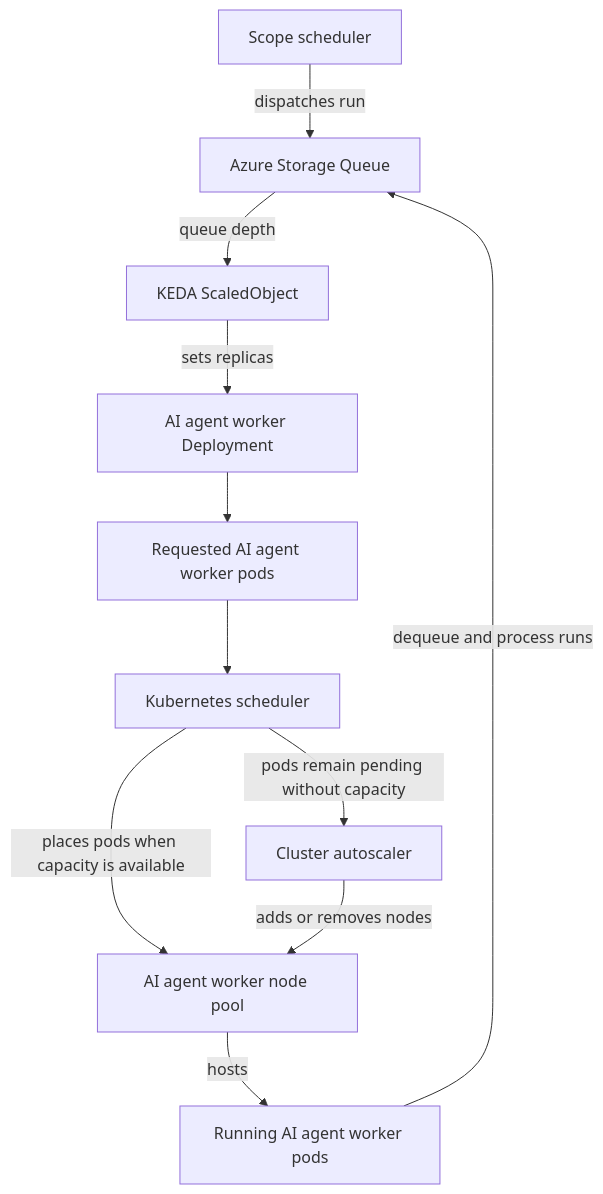
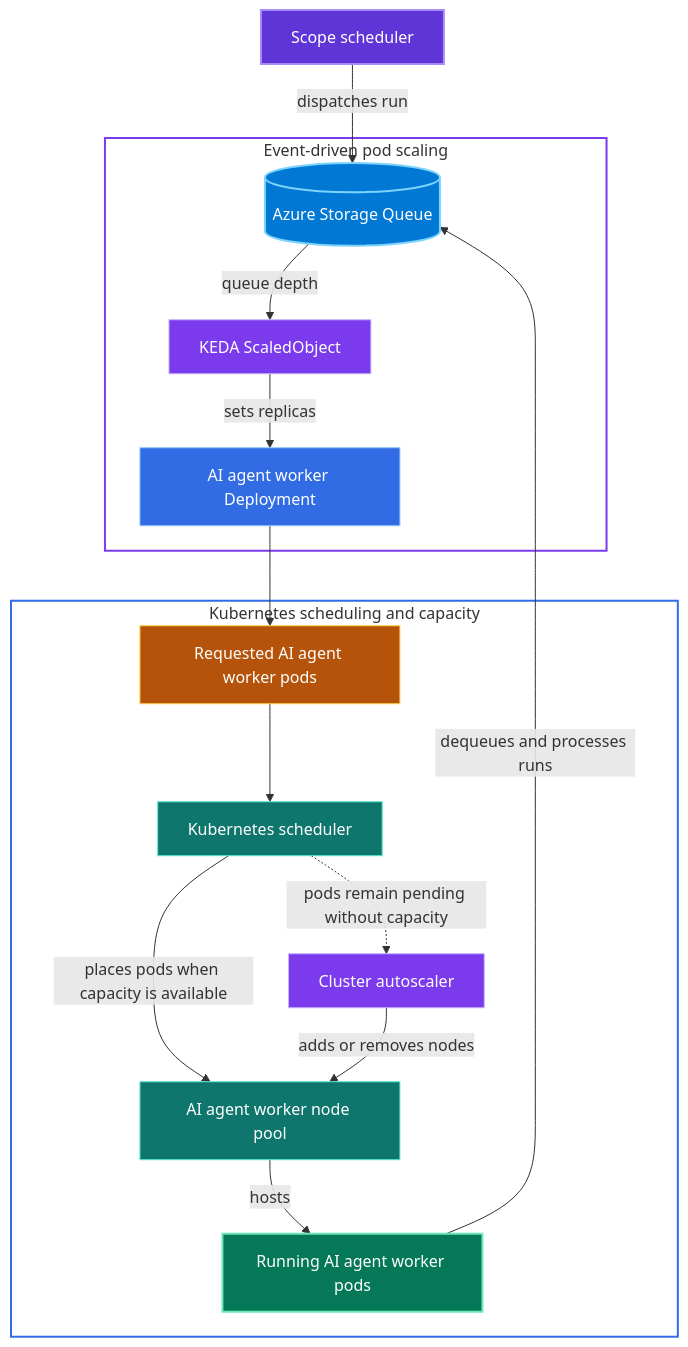
One commit to 1aifanatic/scope changed the diagram in website/src/content/docs/self-hosting/scaling.md. Above: the diagram before and after it, drawn with Mermaid.

Commit message:
docs: style KEDA autoscaling diagram
Copilot-Session: c52928ea-d413-4aab-95a1-b4ecfd7d9f96

````diff
--- a/website/src/content/docs/self-hosting/scaling.md
+++ b/website/src/content/docs/self-hosting/scaling.md
@@ -26,13 +26,50 @@
 ```mermaid
 flowchart TD
-    Scheduler[Scope scheduler] -->|dispatches run| Queue[Azure Storage Queue]
-    Queue -->|queue depth| KEDA[KEDA ScaledObject]
-    KEDA -->|sets replicas| Deployment[AI agent worker Deployment]
-    Deployment --> Requested[Requested AI agent worker pods]
-    Requested --> KubeScheduler[Kubernetes scheduler]
-    KubeScheduler -->|places pods when capacity is available| Pool[AI agent worker node pool]
-    Pool -->|hosts| Running[Running AI agent worker pods]
-    Running -->|dequeue and process runs| Queue
-    KubeScheduler -->|pods remain pending without capacity| Autoscaler[Cluster autoscaler]
-    Autoscaler -->|adds or removes nodes| Pool
+    Scheduler[Scope scheduler]
+
+    subgraph Demand["Event-driven pod scaling"]
+        Queue[(Azure Storage Queue)]
+        KEDA[KEDA ScaledObject]
+        Deployment[AI agent worker Deployment]
+
+        Queue -->|queue depth| KEDA
+        KEDA -->|sets replicas| Deployment
+    end
+
+    subgraph Capacity["Kubernetes scheduling and capacity"]
+        Requested[Requested AI agent worker pods]
+        KubeScheduler[Kubernetes scheduler]
+        Autoscaler[Cluster autoscaler]
+        Pool[AI agent worker node pool]
+        Running[Running AI agent worker pods]
+
+        Requested --> KubeScheduler
+        KubeScheduler -->|places pods when capacity is available| Pool
+        KubeScheduler -.->|pods remain pending without capacity| Autoscaler
+        Autoscaler -->|adds or removes nodes| Pool
+        Pool -->|hosts| Running
+    end
+
+    Scheduler -->|dispatches run| Queue
+    Deployment --> Requested
+    Running -->|dequeues and processes runs| Queue
+
+    classDef scope fill:#6035d8,stroke:#a78bfa,color:#fff,stroke-width:2px
+    classDef queue fill:#0078d4,stroke:#7dd3fc,color:#fff,stroke-width:2px
+    classDef scaler fill:#7c3aed,stroke:#c4b5fd,color:#fff
+    classDef deployment fill:#326ce5,stroke:#93c5fd,color:#fff
+    classDef pending fill:#b45309,stroke:#fcd34d,color:#fff
+    classDef kubernetes fill:#0f766e,stroke:#5eead4,color:#fff
+    classDef running fill:#047857,stroke:#6ee7b7,color:#fff,stroke-width:2px
+
+    class Scheduler scope
+    class Queue queue
+    class KEDA,Autoscaler scaler
+    class Deployment deployment
+    class Requested pending
+    class KubeScheduler,Pool kubernetes
+    class Running running
+
+    style Demand fill:transparent,stroke:#7c3aed,stroke-width:2px
+    style Capacity fill:transparent,stroke:#326ce5,stroke-width:2px
 ```
````
